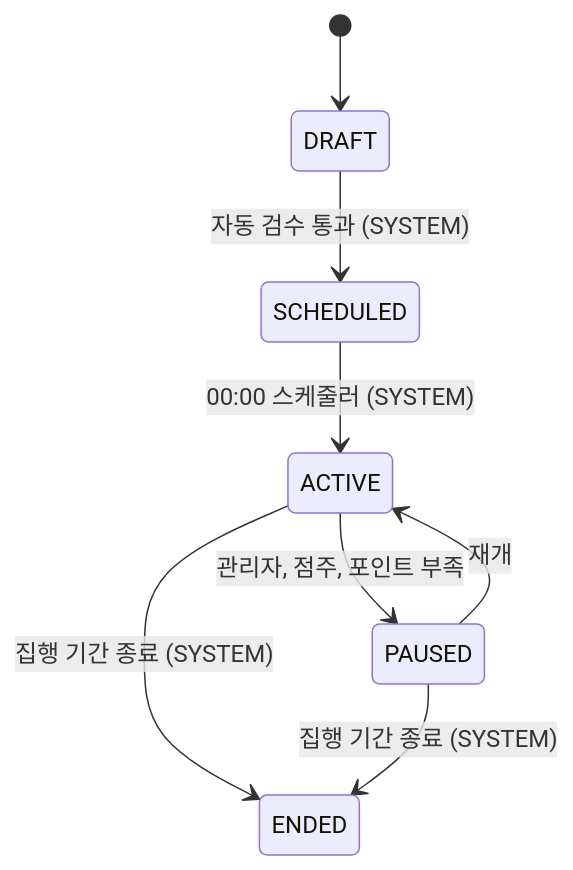
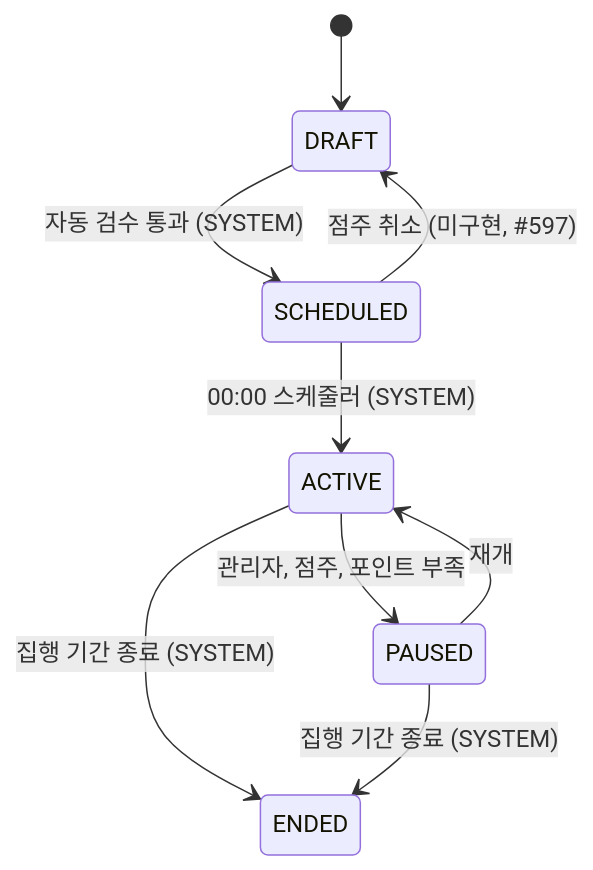
Before and after one commit to lunch-catch/lc-backend: the second of 4 diagrams in docs/design/campaign/campaign_구조와_동작_설계.md, drawn with Mermaid. The commit also changed other lines of this file, not shown here.

Commit message:
[Docs] SCHEDULED 캠페인의 취소 결정과 수정 범위를 기록한다 (#571)

````diff
--- a/docs/design/campaign/campaign_구조와_동작_설계.md
+++ b/docs/design/campaign/campaign_구조와_동작_설계.md
@@ -135,10 +135,11 @@
 ```mermaid
 stateDiagram-v2
     [*] --> DRAFT
     DRAFT --> SCHEDULED: 자동 검수 통과 (SYSTEM)
+    SCHEDULED --> DRAFT: 점주 취소 (미구현, #597)
     SCHEDULED --> ACTIVE: 00:00 스케줄러 (SYSTEM)
     ACTIVE --> PAUSED: 관리자, 점주, 포인트 부족
     PAUSED --> ACTIVE: 재개
     ACTIVE --> ENDED: 집행 기간 종료 (SYSTEM)
     PAUSED --> ENDED: 집행 기간 종료 (SYSTEM)
 ```
````
